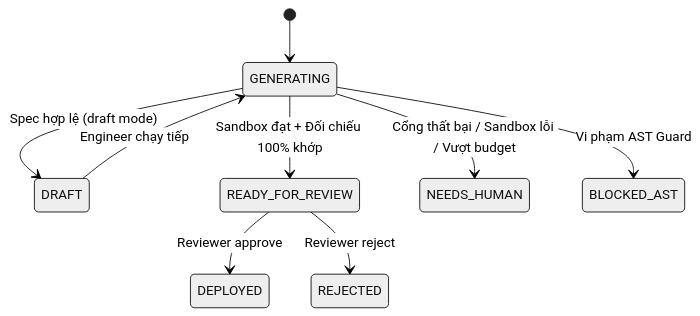
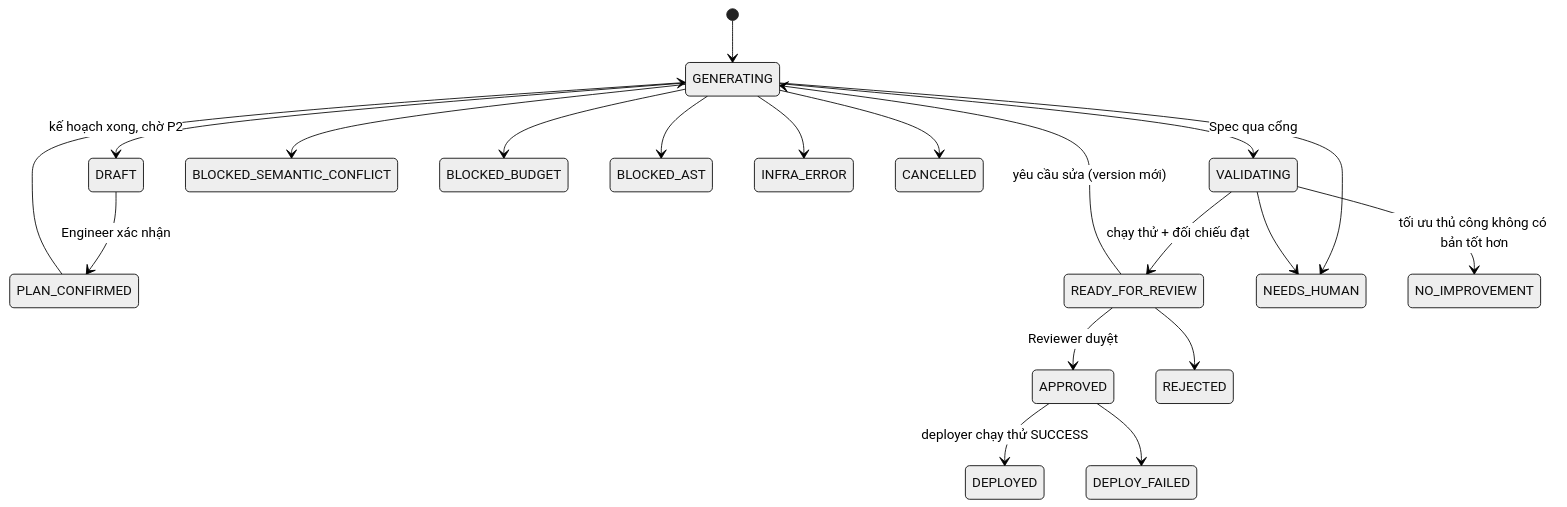
The second of 3 diagrams in ARCHITECTURE.md (ducthais/atomesus), drawn with Mermaid (neutral theme) before and after one commit. The commit also changed other lines of this file and 10 other files, not shown here.

````diff
--- a/ARCHITECTURE.md
+++ b/ARCHITECTURE.md
@@ -140,11 +142,22 @@
 ```mermaid
 stateDiagram-v2
     [*] --> GENERATING
-    GENERATING --> DRAFT: Spec hợp lệ (draft mode)
-    DRAFT --> GENERATING: Engineer chạy tiếp
-    GENERATING --> READY_FOR_REVIEW: Sandbox đạt + Đối chiếu 100% khớp
-    GENERATING --> NEEDS_HUMAN: Cổng thất bại / Sandbox lỗi / Vượt budget
-    GENERATING --> BLOCKED_AST: Vi phạm AST Guard
-    READY_FOR_REVIEW --> DEPLOYED: Reviewer approve
-    READY_FOR_REVIEW --> REJECTED: Reviewer reject
+    GENERATING --> DRAFT: kế hoạch xong, chờ P2
+    DRAFT --> PLAN_CONFIRMED: Engineer xác nhận
+    PLAN_CONFIRMED --> GENERATING
+    GENERATING --> VALIDATING: Spec qua cổng
+    VALIDATING --> READY_FOR_REVIEW: chạy thử + đối chiếu đạt
+    GENERATING --> BLOCKED_SEMANTIC_CONFLICT
+    GENERATING --> BLOCKED_BUDGET
+    GENERATING --> BLOCKED_AST
+    GENERATING --> NEEDS_HUMAN
+    VALIDATING --> NEEDS_HUMAN
+    GENERATING --> INFRA_ERROR
+    GENERATING --> CANCELLED
+    READY_FOR_REVIEW --> APPROVED: Reviewer duyệt
+    READY_FOR_REVIEW --> REJECTED
+    READY_FOR_REVIEW --> GENERATING: yêu cầu sửa (version mới)
+    APPROVED --> DEPLOYED: deployer chạy thử SUCCESS
+    APPROVED --> DEPLOY_FAILED
+    VALIDATING --> NO_IMPROVEMENT: tối ưu thủ công không có bản tốt hơn
 ```
````
